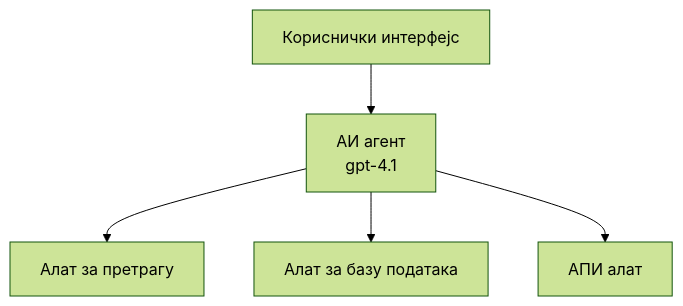
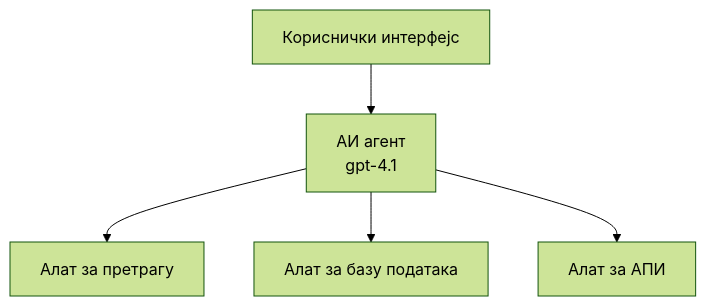
One commit to microsoft/AZD-for-beginners changed the first of 3 diagrams in translations/sr/docs/chapter-02-ai-development/agents.md. Above: the diagram before and after it, drawn with Mermaid (forest theme). The commit also changed other lines of this file and 104 other files, not shown here.

````diff
--- a/translations/sr/docs/chapter-02-ai-development/agents.md
+++ b/translations/sr/docs/chapter-02-ai-development/agents.md
@@ -157,7 +162,7 @@
 ```mermaid
 graph TD
     UI[Кориснички интерфејс] --> Agent[АИ агент<br/>gpt-4.1]
     Agent --> Search[Алат за претрагу]
     Agent --> Database[Алат за базу података]
-    Agent --> API[АПИ алат]
+    Agent --> API[Алат за АПИ]
 ```
````
